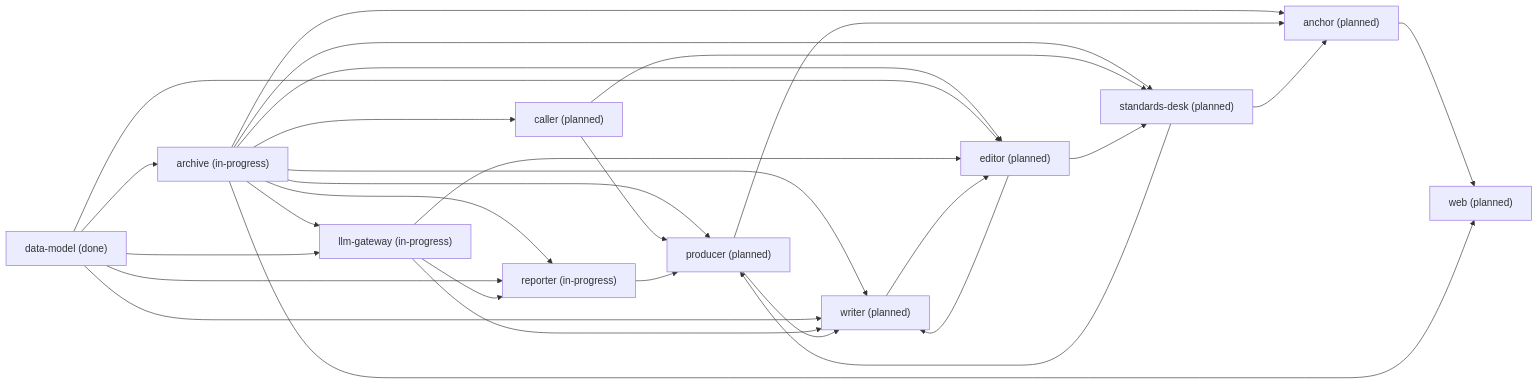
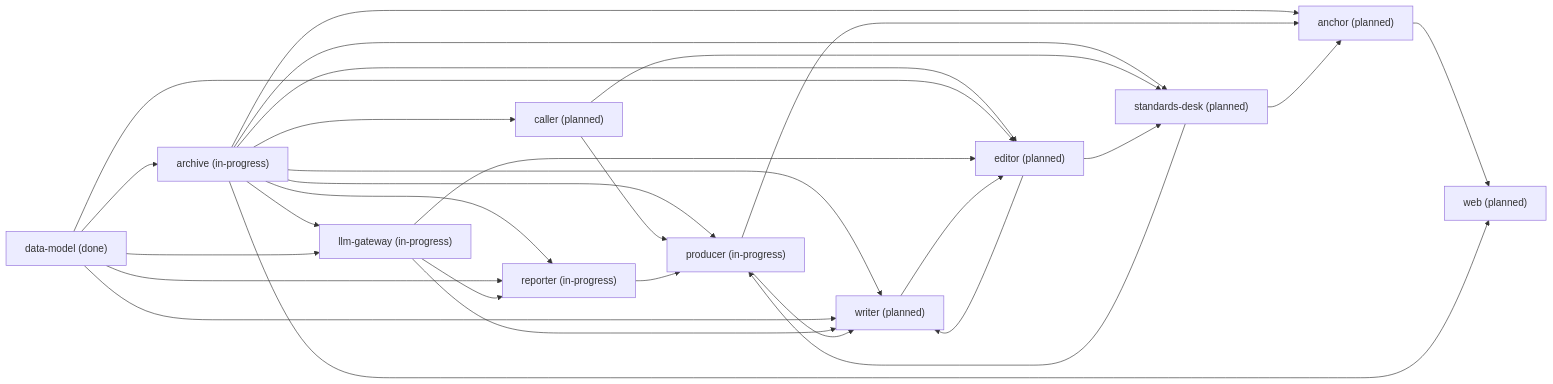
Before and after one commit to Yadnu/newsroom: the diagram in context/GRAPH.md, drawn with Mermaid. The commit also changed other lines of this file and 7 other files, not shown here.

````diff
--- a/context/GRAPH.md
+++ b/context/GRAPH.md
@@ -30,42 +30,42 @@
 ```mermaid
 flowchart LR
   anchor["anchor (planned)"]
   archive["archive (in-progress)"]
   caller["caller (planned)"]
   data_model["data-model (done)"]
   editor["editor (planned)"]
   llm_gateway["llm-gateway (in-progress)"]
-  producer["producer (planned)"]
+  producer["producer (in-progress)"]
   reporter["reporter (in-progress)"]
   standards_desk["standards-desk (planned)"]
   web["web (planned)"]
   writer["writer (planned)"]
   anchor --> web
   archive --> anchor
   archive --> caller
   archive --> editor
   archive --> llm_gateway
   archive --> producer
   archive --> reporter
   archive --> standards_desk
   archive --> web
   archive --> writer
   caller --> producer
   caller --> standards_desk
   data_model --> archive
   data_model --> editor
   data_model --> llm_gateway
   data_model --> reporter
   data_model --> writer
   editor --> standards_desk
   editor --> writer
   llm_gateway --> editor
   llm_gateway --> reporter
   llm_gateway --> writer
   producer --> anchor
   producer --> writer
   reporter --> producer
   standards_desk --> anchor
   standards_desk --> producer
   writer --> editor
 ```
````
